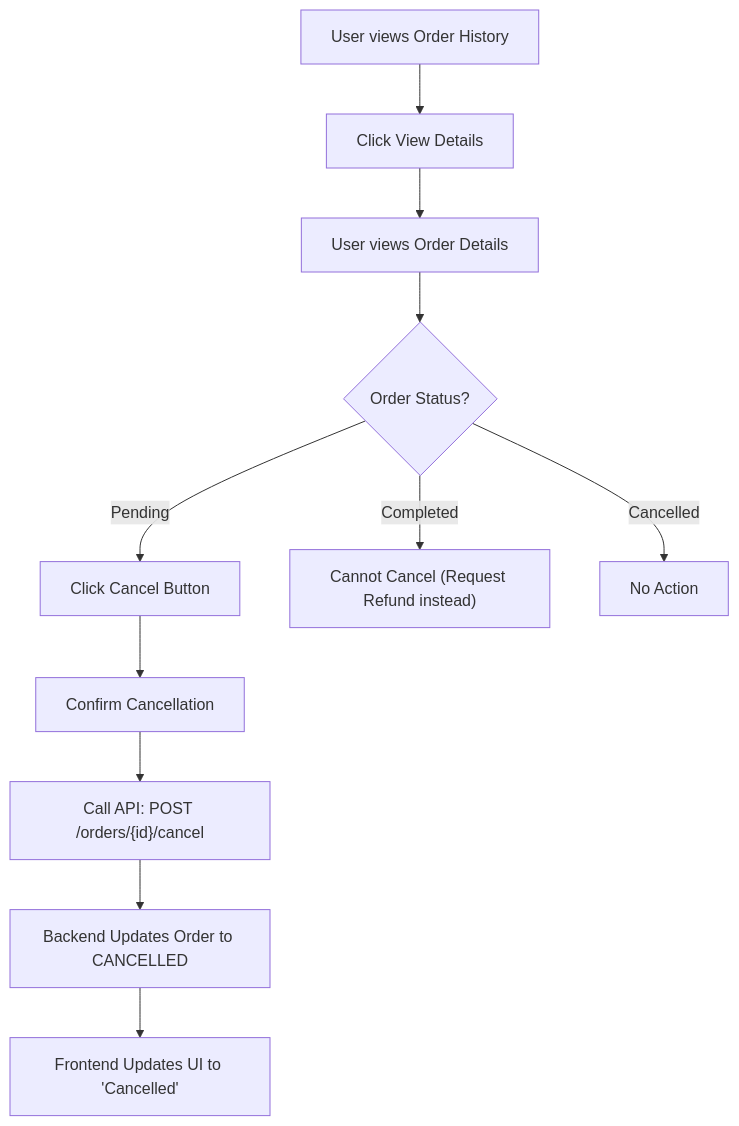
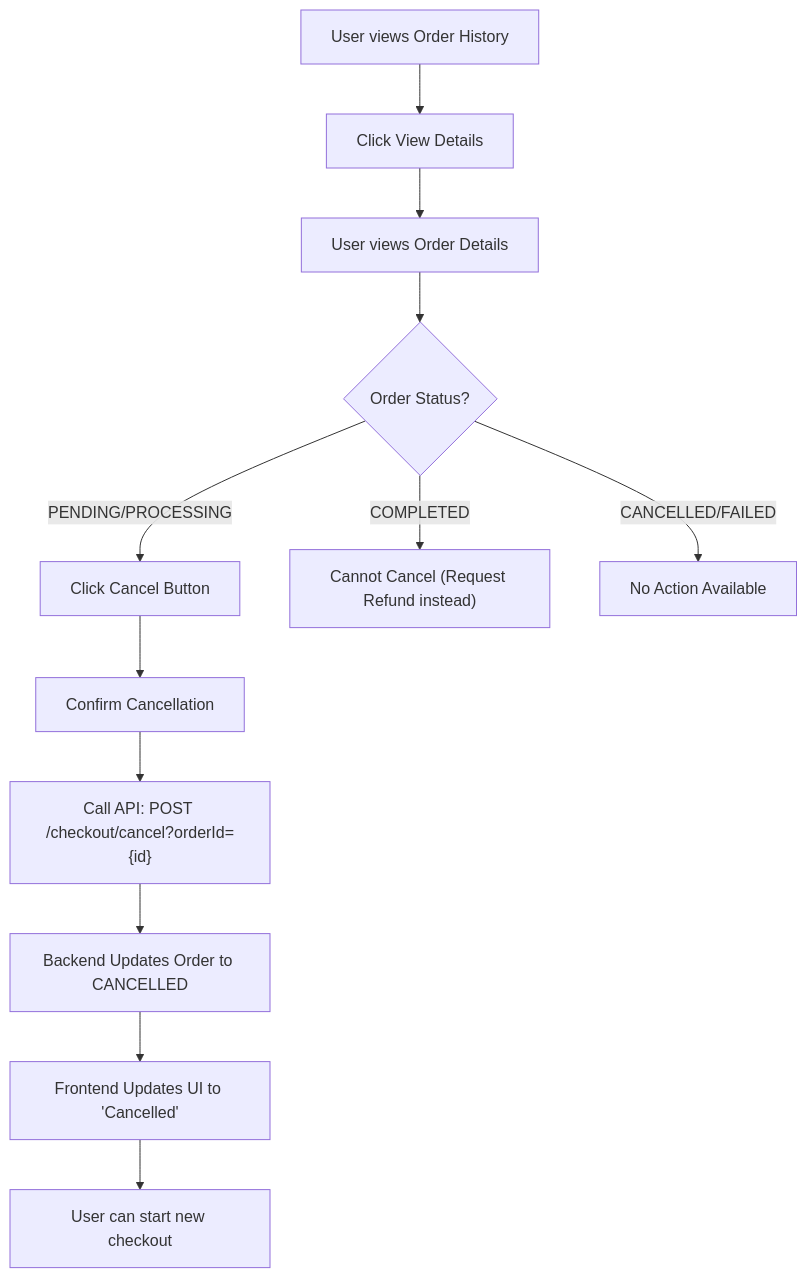
One commit to HuuLocFIT/EduMind changed the ninth of 13 diagrams in docs/workflows/payment_workflows.md. Above: the diagram before and after it, drawn with Mermaid. The commit also changed other lines of this file, not shown here.

Commit message:
Enhance payment workflows documentation to include detailed descriptions of PayPal and SePay checkout flows, including sequence diagrams, currency conversion details, and webhook handling for payment confirmations.

````diff
--- a/docs/workflows/payment_workflows.md
+++ b/docs/workflows/payment_workflows.md
@@ -76,13 +309,14 @@
 ```mermaid
 graph TD
     A[User views Order History] --> A2[Click View Details]
     A2 --> A3[User views Order Details]
     A3 --> B{Order Status?}
-    B -- Pending --> C[Click Cancel Button]
+    B -- PENDING/PROCESSING --> C[Click Cancel Button]
     C --> D[Confirm Cancellation]
-    D --> E["Call API: POST /orders/{id}/cancel"]
+    D --> E["Call API: POST /checkout/cancel?orderId={id}"]
     E --> F[Backend Updates Order to CANCELLED]
     F --> G["Frontend Updates UI to 'Cancelled'"]
-    B -- Completed --> H["Cannot Cancel (Request Refund instead)"]
-    B -- Cancelled --> I[No Action]
+    G --> H[User can start new checkout]
+    B -- COMPLETED --> I["Cannot Cancel (Request Refund instead)"]
+    B -- CANCELLED/FAILED --> J[No Action Available]
 ```
````
